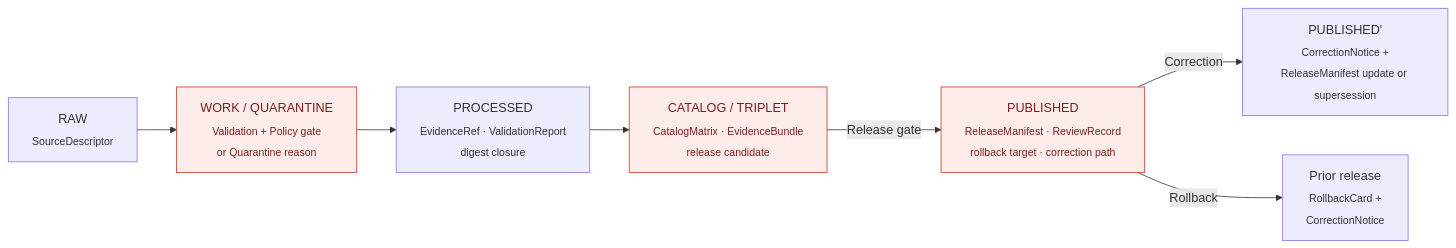
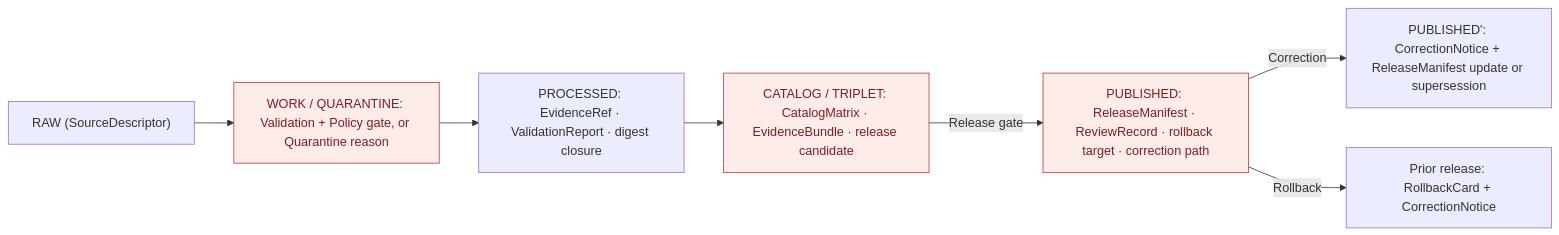
One commit to bartytime4life/Kansas-Frontier-Matrix changed the first of 3 diagrams in docs/domains/people-dna-land/RELEASE_INDEX.md. Above: the diagram before and after it, drawn with Mermaid. The commit also changed other lines of this file, not shown here.

````diff
--- a/docs/domains/people-dna-land/RELEASE_INDEX.md
+++ b/docs/domains/people-dna-land/RELEASE_INDEX.md
@@ -169,12 +188,12 @@
 ```mermaid
 flowchart LR
-  R["RAW<br/><sub>SourceDescriptor</sub>"] --> WQ["WORK / QUARANTINE<br/><sub>Validation + Policy gate<br/>or Quarantine reason</sub>"]
-  WQ --> P["PROCESSED<br/><sub>EvidenceRef · ValidationReport<br/>digest closure</sub>"]
-  P --> CT["CATALOG / TRIPLET<br/><sub>CatalogMatrix · EvidenceBundle<br/>release candidate</sub>"]
-  CT -->|"Release gate"| PUB["PUBLISHED<br/><sub>ReleaseManifest · ReviewRecord<br/>rollback target · correction path</sub>"]
-  PUB -->|"Correction"| PUBp["PUBLISHED'<br/><sub>CorrectionNotice +<br/>ReleaseManifest update or supersession</sub>"]
-  PUB -->|"Rollback"| PRIOR["Prior release<br/><sub>RollbackCard +<br/>CorrectionNotice</sub>"]
+  R["RAW (SourceDescriptor)"] --> WQ["WORK / QUARANTINE: Validation + Policy gate, or Quarantine reason"]
+  WQ --> P["PROCESSED: EvidenceRef · ValidationReport · digest closure"]
+  P --> CT["CATALOG / TRIPLET: CatalogMatrix · EvidenceBundle · release candidate"]
+  CT -->|"Release gate"| PUB["PUBLISHED: ReleaseManifest · ReviewRecord · rollback target · correction path"]
+  PUB -->|"Correction"| PUBp["PUBLISHED': CorrectionNotice + ReleaseManifest update or supersession"]
+  PUB -->|"Rollback"| PRIOR["Prior release: RollbackCard + CorrectionNotice"]
 
   classDef sensitive fill:#fdecea,stroke:#c0392b,color:#7b1f1f;
   class WQ,CT,PUB sensitive;
 ```
````
